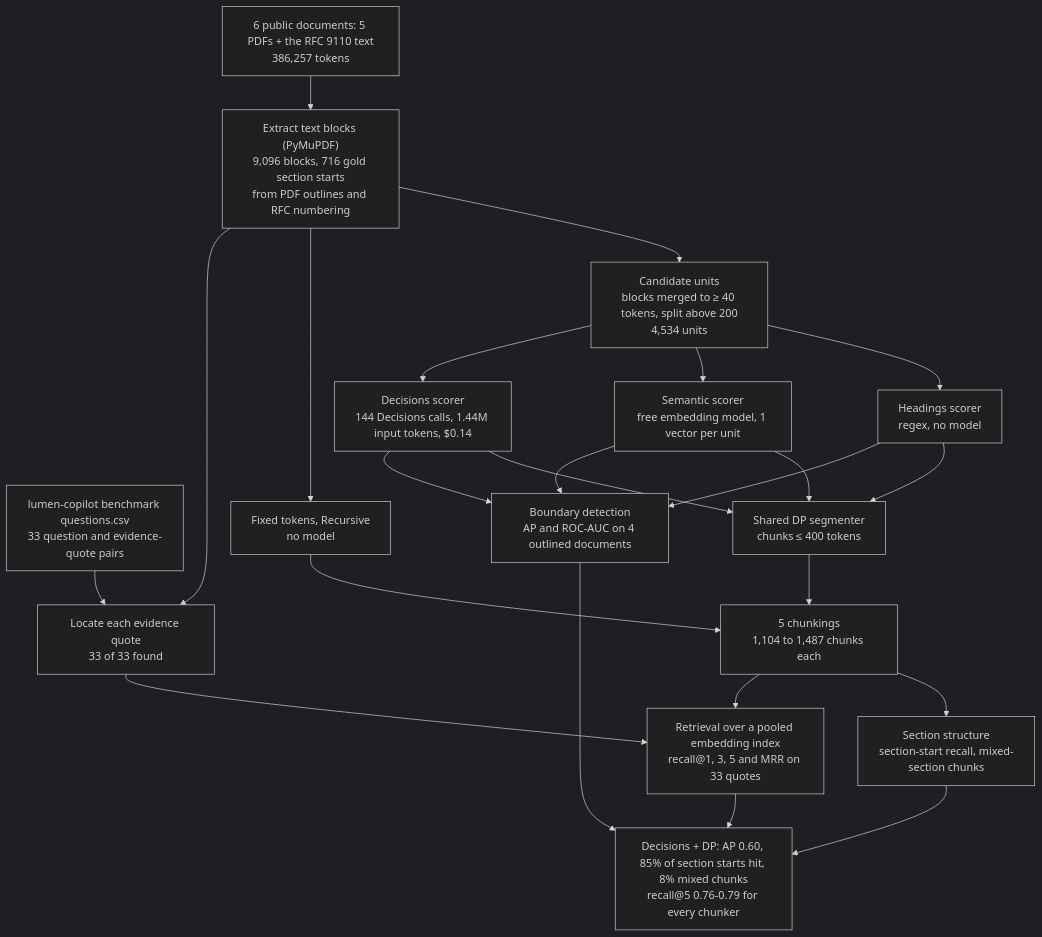
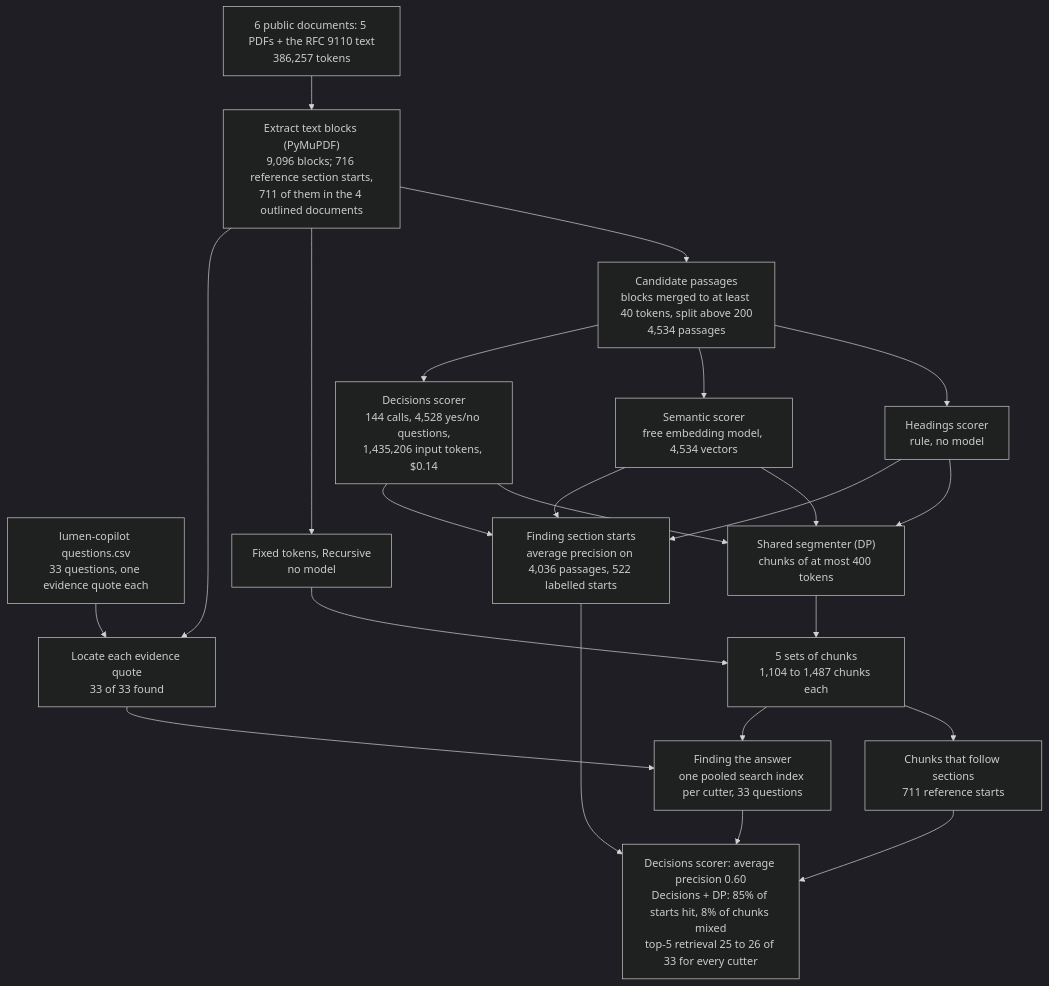
The diagram in notebooks/02-decisions-api-chunking/README.md (k-sandhu/experiment-notebooks), drawn with Mermaid (dark theme) before and after one commit. The commit also changed other lines of this file and 2 other files, not shown here.

````diff
--- a/notebooks/02-decisions-api-chunking/README.md
+++ b/notebooks/02-decisions-api-chunking/README.md
@@ -15,36 +87,36 @@
 ```mermaid
 flowchart TD
     docs["6 public documents: 5 PDFs + the RFC 9110 text<br/>386,257 tokens"]
-    qs["lumen-copilot benchmark questions.csv<br/>33 question and evidence-quote pairs"]
-    ext["Extract text blocks (PyMuPDF)<br/>9,096 blocks, 716 gold section starts<br/>from PDF outlines and RFC numbering"]
+    qs["lumen-copilot questions.csv<br/>33 questions, one evidence quote each"]
+    ext["Extract text blocks (PyMuPDF)<br/>9,096 blocks; 716 reference section starts,<br/>711 of them in the 4 outlined documents"]
     loc["Locate each evidence quote<br/>33 of 33 found"]
-    units["Candidate units<br/>blocks merged to ≥ 40 tokens, split above 200<br/>4,534 units"]
+    units["Candidate passages<br/>blocks merged to at least 40 tokens, split above 200<br/>4,534 passages"]
     base["Fixed tokens, Recursive<br/>no model"]
-    head["Headings scorer<br/>regex, no model"]
-    sem["Semantic scorer<br/>free embedding model, 1 vector per unit"]
-    dec["Decisions scorer<br/>144 Decisions calls, 1.44M input tokens, $0.14"]
-    dp["Shared DP segmenter<br/>chunks ≤ 400 tokens"]
-    chunks["5 chunkings<br/>1,104 to 1,487 chunks each"]
-    ev1["Boundary detection<br/>AP and ROC-AUC on 4 outlined documents"]
-    ev2["Section structure<br/>section-start recall, mixed-section chunks"]
-    ev3["Retrieval over a pooled embedding index<br/>recall@1, 3, 5 and MRR on 33 quotes"]
-    res["Decisions + DP: AP 0.60, 85% of section starts hit, 8% mixed chunks<br/>recall@5 0.76-0.79 for every chunker"]
+    head["Headings scorer<br/>rule, no model"]
+    sem["Semantic scorer<br/>free embedding model, 4,534 vectors"]
+    dec["Decisions scorer<br/>144 calls, 4,528 yes/no questions,<br/>1,435,206 input tokens, $0.14"]
+    dp["Shared segmenter (DP)<br/>chunks of at most 400 tokens"]
+    chunks["5 sets of chunks<br/>1,104 to 1,487 chunks each"]
+    ev1["Finding section starts<br/>average precision on 4,036 passages, 522 labelled starts"]
+    ev2["Chunks that follow sections<br/>711 reference starts"]
+    ev3["Finding the answer<br/>one pooled search index per cutter, 33 questions"]
+    res["Decisions scorer: average precision 0.60<br/>Decisions + DP: 85% of starts hit, 8% of chunks mixed<br/>top-5 retrieval 25 to 26 of 33 for every cutter"]
     docs --> ext
     ext --> units
     ext --> base --> chunks
     qs --> loc
     ext --> loc
     units --> head --> dp
     units --> sem --> dp
     units --> dec --> dp
     dp --> chunks
     head --> ev1
     sem --> ev1
     dec --> ev1
     chunks --> ev2
     chunks --> ev3
     loc --> ev3
     ev1 --> res
     ev2 --> res
     ev3 --> res
 ```
````
